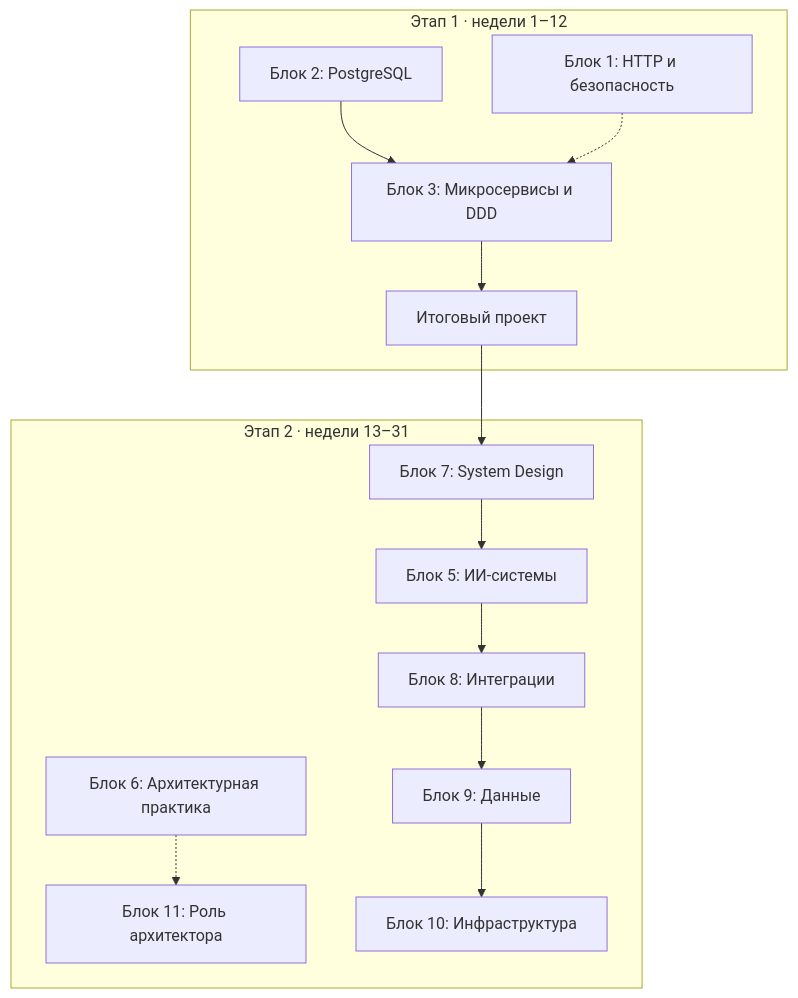
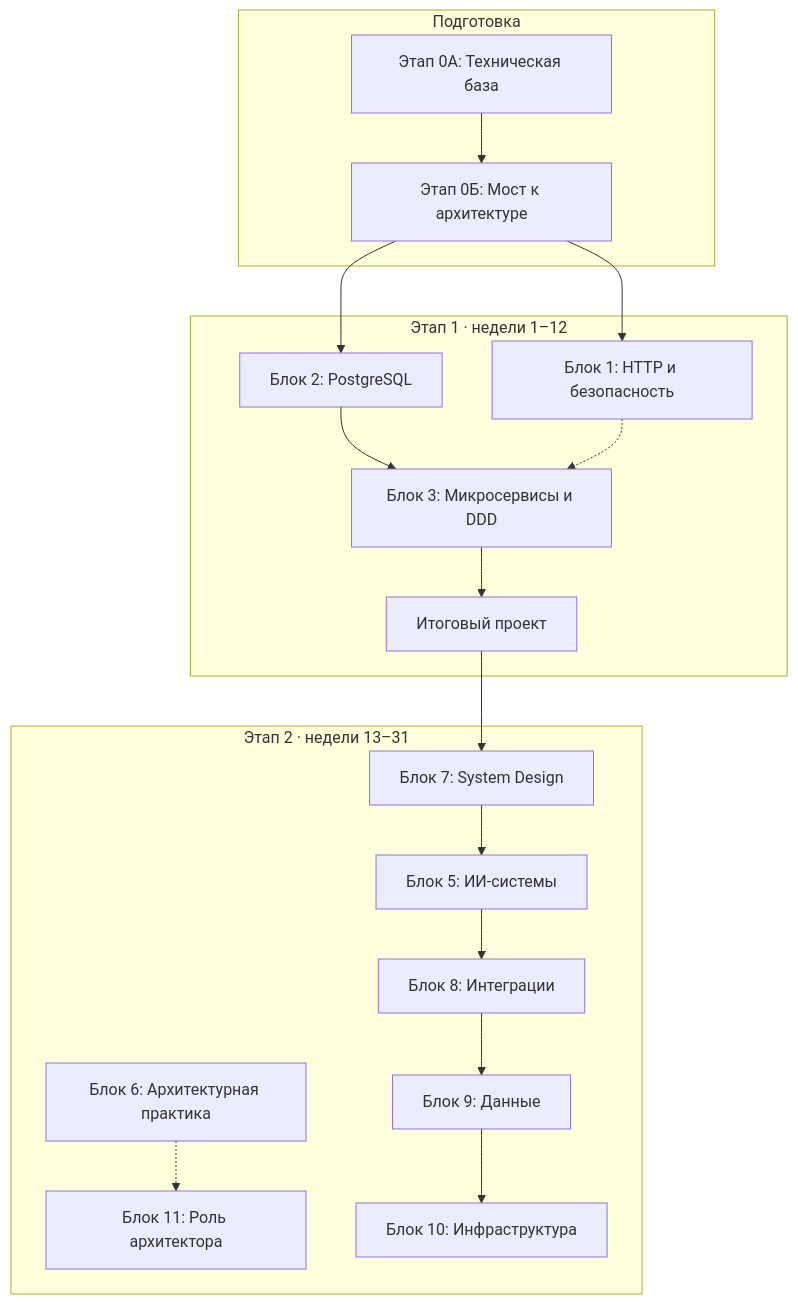
The diagram in README.md (PaulJurichM/architect-study-plan), drawn with Mermaid before and after one commit. The commit also changed other lines of this file and 90 other files, not shown here.

````diff
--- a/README.md
+++ b/README.md
@@ -17,16 +29,21 @@
 ```mermaid
 flowchart TD
+    subgraph P0["Подготовка"]
+        A["Этап 0А: Техническая база"] --> B["Этап 0Б: Мост к архитектуре"]
+    end
     subgraph P1["Этап 1 · недели 1–12"]
         B2["Блок 2: PostgreSQL"] --> B3["Блок 3: Микросервисы и DDD"]
         B1["Блок 1: HTTP и безопасность"] -.-> B3
         B3 --> C["Итоговый проект"]
     end
     subgraph P2["Этап 2 · недели 13–31"]
         B7["Блок 7: System Design"] --> B5["Блок 5: ИИ-системы"]
         B6["Блок 6: Архитектурная практика"] -.-> B11["Блок 11: Роль архитектора"]
         B5 --> B8["Блок 8: Интеграции"]
         B8 --> B9["Блок 9: Данные"]
         B9 --> B10["Блок 10: Инфраструктура"]
     end
+    B --> B2
+    B --> B1
     C --> B7
 ```
````
